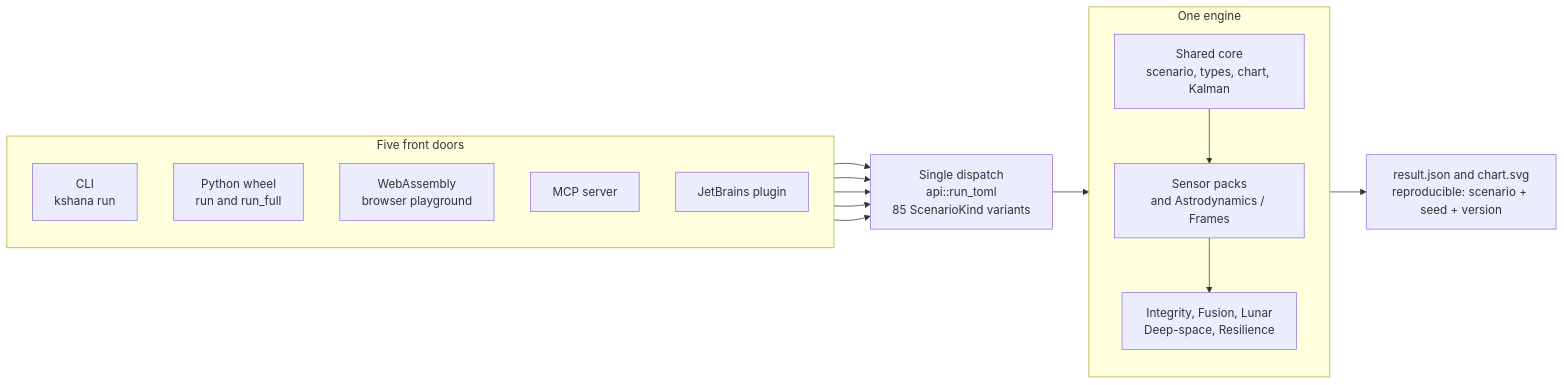
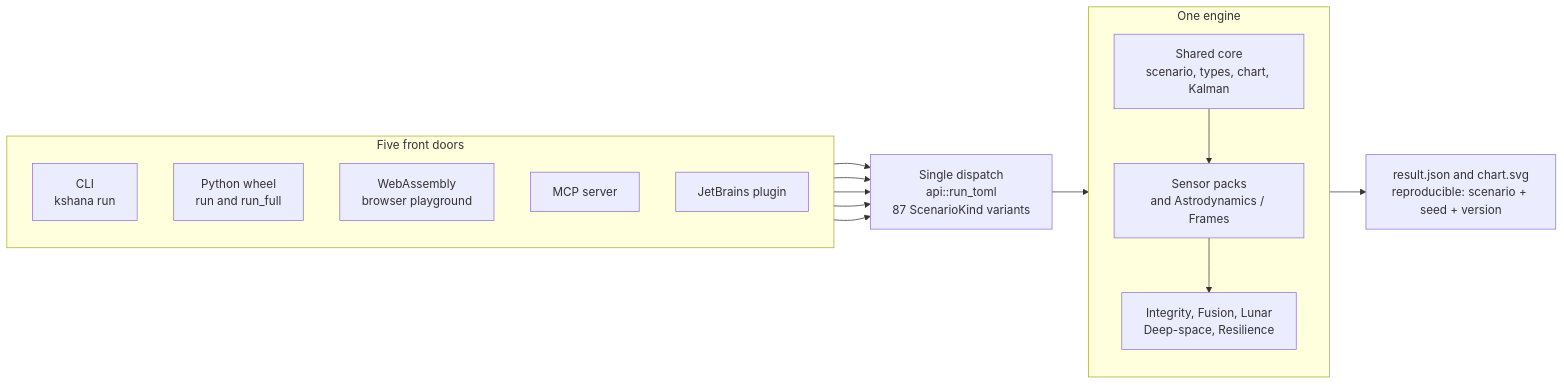
The diagram in docs/diagrams/system-overview.mmd (ashfordeOU/kshana), drawn with Mermaid before and after one commit. The commit also changed 45 other files, not shown here.

Commit message:
Regenerate the ledger, schema, scenario catalogue, README assets, OG card and diagrams at the merged tree (388 rows, 176 validated, 87 kinds); CHANGELOG lunar-infrastructure and Fixed entries; pin scope in ssv geometry test

```diff
--- a/docs/diagrams/system-overview.mmd
+++ b/docs/diagrams/system-overview.mmd
@@ -1,31 +1,31 @@
 flowchart LR
     subgraph DOORS[Five front doors]
         direction TB
         CLI[CLI<br/>kshana run]
         PY[Python wheel<br/>run and run_full]
         WASM[WebAssembly<br/>browser playground]
         MCP[MCP server]
         IDE[JetBrains plugin]
     end
 
-    DISPATCH[Single dispatch<br/>api::run_toml<br/>85 ScenarioKind variants]
+    DISPATCH[Single dispatch<br/>api::run_toml<br/>87 ScenarioKind variants]
 
     subgraph ENGINE[One engine]
         direction TB
         CORE[Shared core<br/>scenario, types, chart, Kalman]
         PACKS[Sensor packs<br/>and Astrodynamics / Frames]
         DOMAIN[Integrity, Fusion, Lunar<br/>Deep-space, Resilience]
         CORE --> PACKS
         PACKS --> DOMAIN
     end
 
     OUT[result.json and chart.svg<br/>reproducible: scenario + seed + version]
 
     CLI --> DISPATCH
     PY --> DISPATCH
     WASM --> DISPATCH
     MCP --> DISPATCH
     IDE --> DISPATCH
 
     DISPATCH --> ENGINE
     ENGINE --> OUT
```
